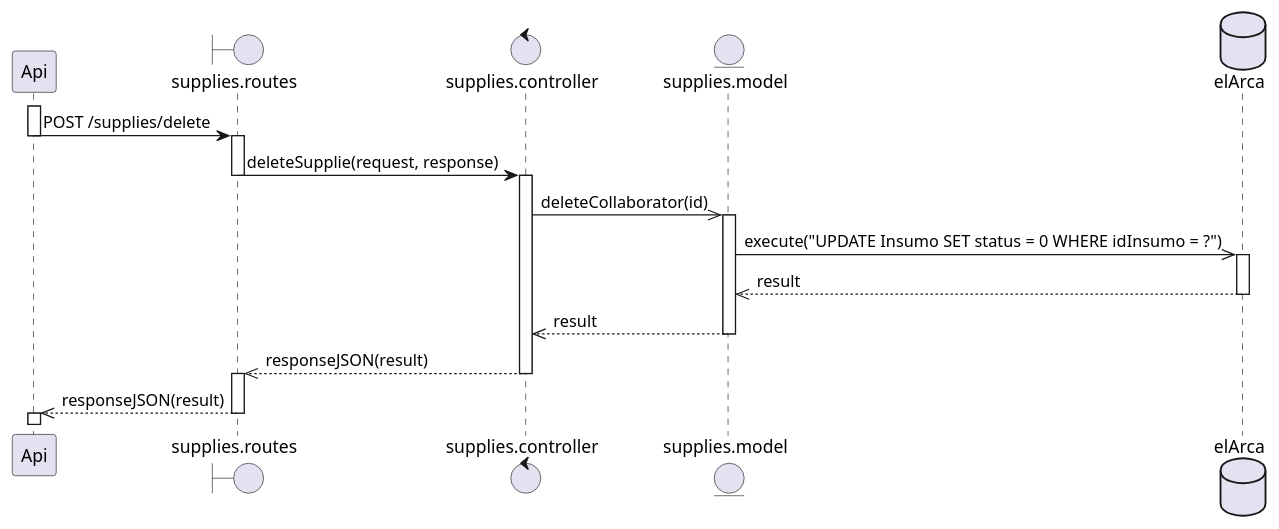
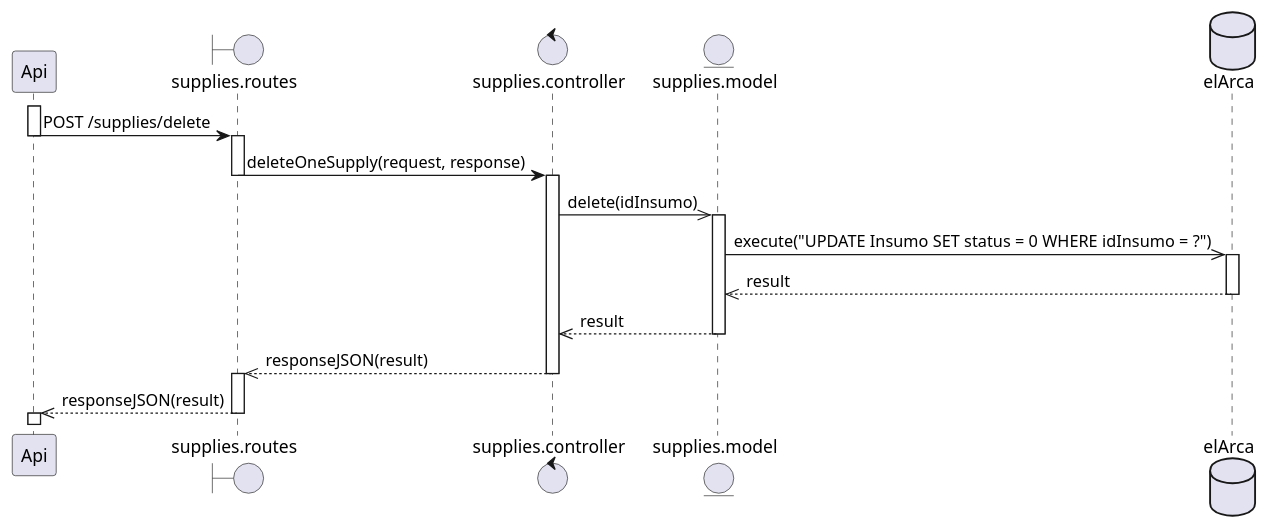
Before and after one commit to OlimpoHub/backend: the diagram in Diagrams/deleteOneSupplie.puml, drawn with PlantUML. The commit also changed 5 other files, not shown here.

Commit message:
[ADD] DeleteWorkshop Backend Logic and Sequence Diagram

```diff
--- a/Diagrams/deleteOneSupplie.puml
+++ b/Diagrams/deleteOneSupplie.puml
@@ -1,46 +1,46 @@
 @startuml
 participant Api
 boundary supplies.routes 
 control supplies.controller
 entity supplies.model
 database elArca
 
 activate Api
 Api -> supplies.routes : POST /supplies/delete
 deactivate Api
 
 activate supplies.routes
 
-supplies.routes -> supplies.controller :  deleteSupplie(request, response)
+supplies.routes -> supplies.controller :  deleteOneSupply(request, response)
 deactivate supplies.routes
 activate supplies.controller
 
-supplies.controller ->> supplies.model : deleteCollaborator(id)
+supplies.controller ->> supplies.model : delete(idInsumo)
 
 activate supplies.model
 
 supplies.model ->> elArca : execute("UPDATE Insumo SET status = 0 WHERE idInsumo = ?")
 
 activate elArca
 
 elArca -->> supplies.model : result
 
 deactivate elArca
 
 supplies.model -->> supplies.controller : result
 
 deactivate supplies.model
 
 supplies.controller -->> supplies.routes : responseJSON(result)
 deactivate supplies.controller
 
 activate supplies.routes
 
 supplies.routes -->> Api : responseJSON(result)
 
 deactivate supplies.routes
 activate Api
 
 deactivate Api
 
 @enduml
```
